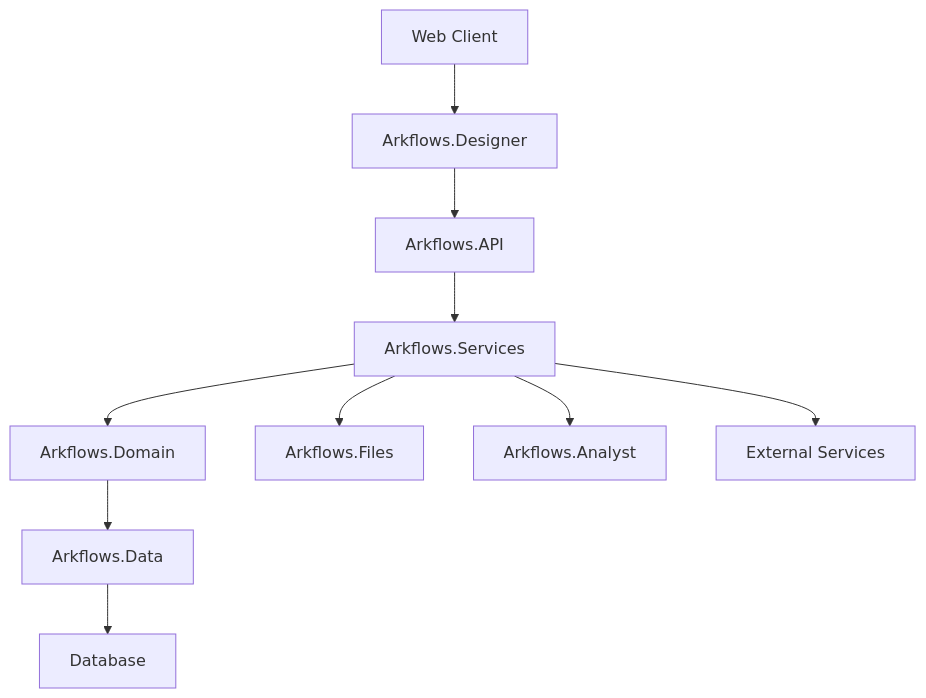
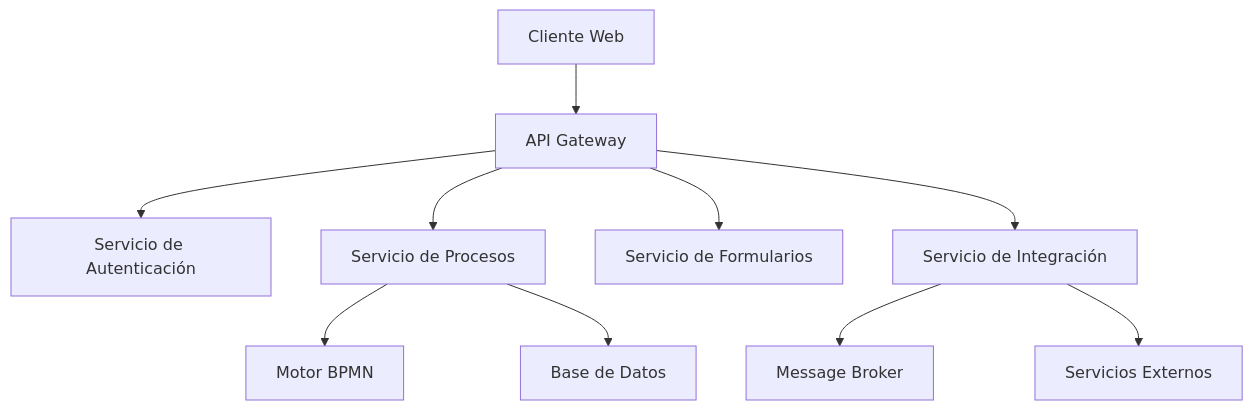
Before and after one commit to EdissonFonseca/arflows-docs: the diagram in i18n/en/docusaurus-plugin-content-docs/current/technical/architecture.md, drawn with Mermaid. The commit also changed other lines of this file and 16 other files, not shown here.

````diff
--- a/i18n/en/docusaurus-plugin-content-docs/current/technical/architecture.md
+++ b/i18n/en/docusaurus-plugin-content-docs/current/technical/architecture.md
@@ -54,12 +35,12 @@
 ```mermaid
 graph TD
-    A[Web Client] --> B[Arkflows.Designer]
-    B --> C[Arkflows.API]
-    C --> D[Arkflows.Services]
-    D --> E[Arkflows.Domain]
-    E --> F[Arkflows.Data]
-    F --> G[Database]
-    D --> H[Arkflows.Files]
-    D --> I[Arkflows.Analyst]
-    D --> J[External Services]
+    A[Cliente Web] --> B[API Gateway]
+    B --> C[Servicio de Autenticación]
+    B --> D[Servicio de Procesos]
+    B --> E[Servicio de Formularios]
+    B --> F[Servicio de Integración]
+    D --> G[Motor BPMN]
+    D --> H[Base de Datos]
+    F --> I[Message Broker]
+    F --> J[Servicios Externos]
 ```
````
